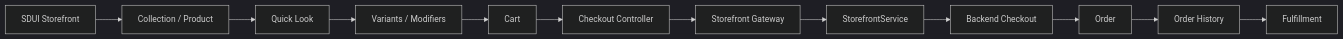
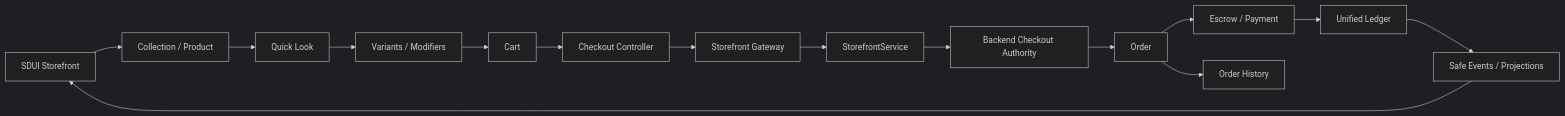
One commit to AzamanLTD/AZM-Planning changed the fourth of 8 diagrams in Pyrax's frontend plan.md. Above: the diagram before and after it, drawn with Mermaid (dark theme). The commit also changed other lines of this file, not shown here.

Commit message:
Update frontend architecture brain with convergence batch

````diff
--- a/Pyrax's frontend plan.md
+++ b/Pyrax's frontend plan.md
@@ -66,14 +81,17 @@
 ```mermaid
 flowchart LR
     A[SDUI Storefront] --> B[Collection / Product]
     B --> C[Quick Look]
     C --> D[Variants / Modifiers]
     D --> E[Cart]
     E --> F[Checkout Controller]
     F --> G[Storefront Gateway]
     G --> H[StorefrontService]
-    H --> I[Backend Checkout]
+    H --> I[Backend Checkout Authority]
     I --> J[Order]
-    J --> K[Order History]
-    K --> L[Fulfillment]
+    J --> K[Escrow / Payment]
+    K --> L[Unified Ledger]
+    J --> M[Order History]
+    L --> N[Safe Events / Projections]
+    N --> A
 ```
````
